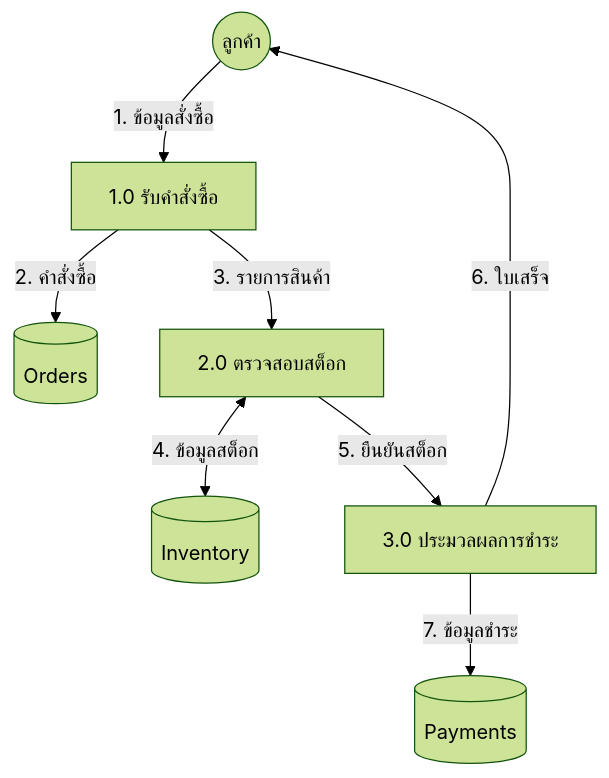
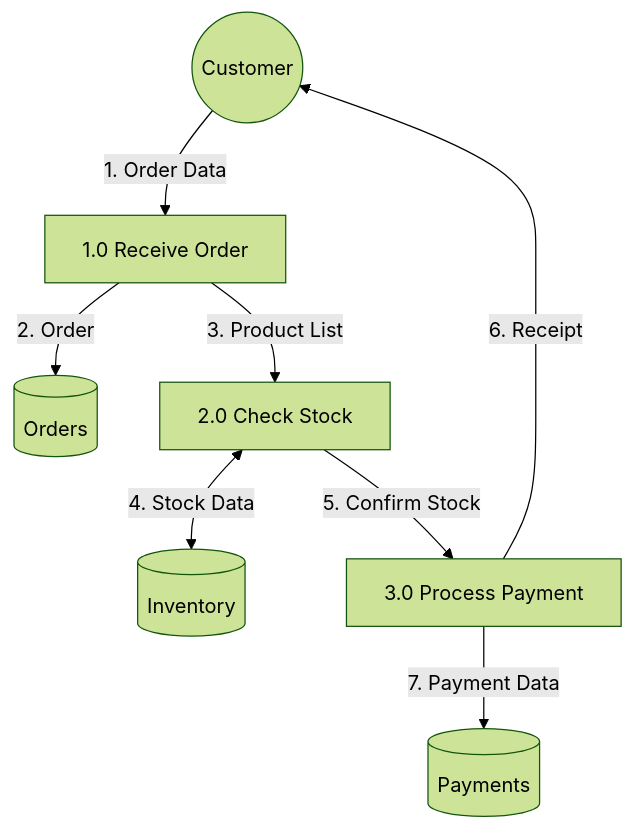
Before and after one commit to mounchons/AgentMarketPlace: the sixth of 13 diagrams in plugins/system-design-doc/commands/create-diagram.md, drawn with Mermaid (forest theme). The commit also changed other lines of this file and 51 other files, not shown here.

````diff
--- a/plugins/system-design-doc/commands/create-diagram.md
+++ b/plugins/system-design-doc/commands/create-diagram.md
@@ -163,10 +163,10 @@
 ```mermaid
 flowchart TB
-    E1((ลูกค้า)) -->|1. ข้อมูลสั่งซื้อ| P1[1.0 รับคำสั่งซื้อ]
-    P1 -->|2. คำสั่งซื้อ| D1[(Orders)]
-    P1 -->|3. รายการสินค้า| P2[2.0 ตรวจสอบสต็อก]
-    P2 <-->|4. ข้อมูลสต็อก| D2[(Inventory)]
-    P2 -->|5. ยืนยันสต็อก| P3[3.0 ประมวลผลการชำระ]
-    P3 -->|6. ใบเสร็จ| E1
-    P3 -->|7. ข้อมูลชำระ| D3[(Payments)]
+    E1((Customer)) -->|1. Order Data| P1[1.0 Receive Order]
+    P1 -->|2. Order| D1[(Orders)]
+    P1 -->|3. Product List| P2[2.0 Check Stock]
+    P2 <-->|4. Stock Data| D2[(Inventory)]
+    P2 -->|5. Confirm Stock| P3[3.0 Process Payment]
+    P3 -->|6. Receipt| E1
+    P3 -->|7. Payment Data| D3[(Payments)]
 ```
````
